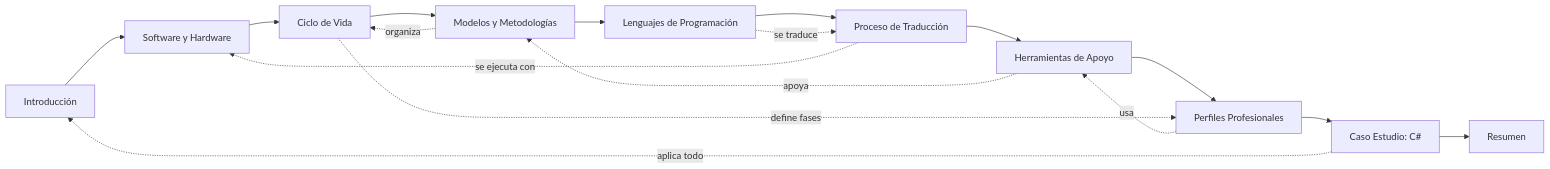
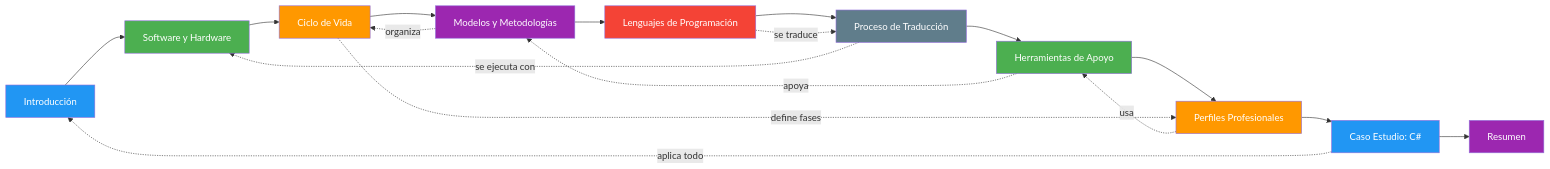
One commit to joseluisgs/EntornosDesarrollo-01-2026-2027 changed the second of 2 diagrams in 10-resumen.md. Above: the diagram before and after it, drawn with Mermaid. The commit also changed other lines of this file, not shown here.

Commit message:
[fix] Añadidos estilos de colores a diagramas Mermaid del resumen
Mapa Conceptual: 9 nodos con colores de paleta AGENTS.md
Mapa de Conexiones: 10 nodos con colores de paleta AGENTS.md

Colores usados: #2196F3, #4CAF50, #FF9800, #9C27B0, #f44336, #607D8B (todos con color:#fff)

````diff
--- a/10-resumen.md
+++ b/10-resumen.md
@@ -217,20 +227,31 @@
 ```mermaid
 graph LR
     T01[Introducción] --> T02[Software y Hardware]
     T02 --> T03[Ciclo de Vida]
     T03 --> T04[Modelos y Metodologías]
     T04 --> T05[Lenguajes de Programación]
     T05 --> T06[Proceso de Traducción]
     T06 --> T07[Herramientas de Apoyo]
     T07 --> T08[Perfiles Profesionales]
     T08 --> T09[Caso Estudio: C#]
     T09 --> T10[Resumen]
 
     T03 -.->|define fases| T08
     T04 -.->|organiza| T03
     T05 -.->|se traduce| T06
     T06 -.->|se ejecuta con| T02
     T07 -.->|apoya| T04
     T08 -.->|usa| T07
     T09 -.->|aplica todo| T01
+
+    style T01 fill:#2196F3,color:#fff
+    style T02 fill:#4CAF50,color:#fff
+    style T03 fill:#FF9800,color:#fff
+    style T04 fill:#9C27B0,color:#fff
+    style T05 fill:#f44336,color:#fff
+    style T06 fill:#607D8B,color:#fff
+    style T07 fill:#4CAF50,color:#fff
+    style T08 fill:#FF9800,color:#fff
+    style T09 fill:#2196F3,color:#fff
+    style T10 fill:#9C27B0,color:#fff
 ```
````
